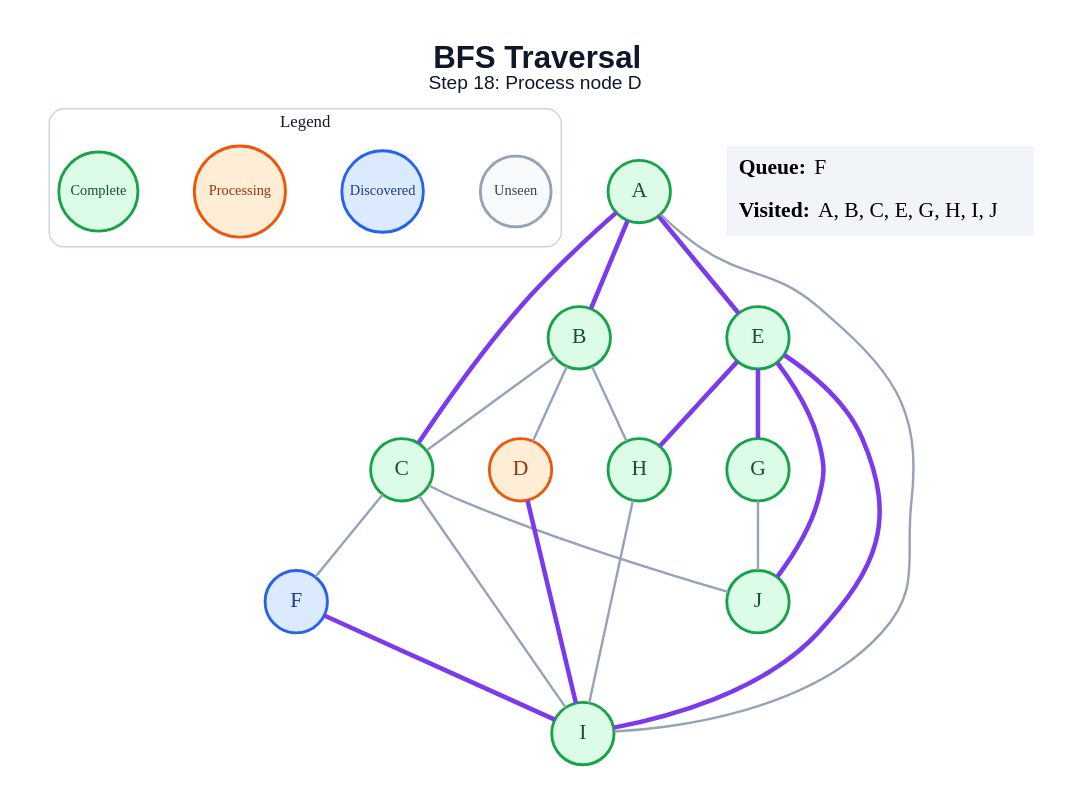
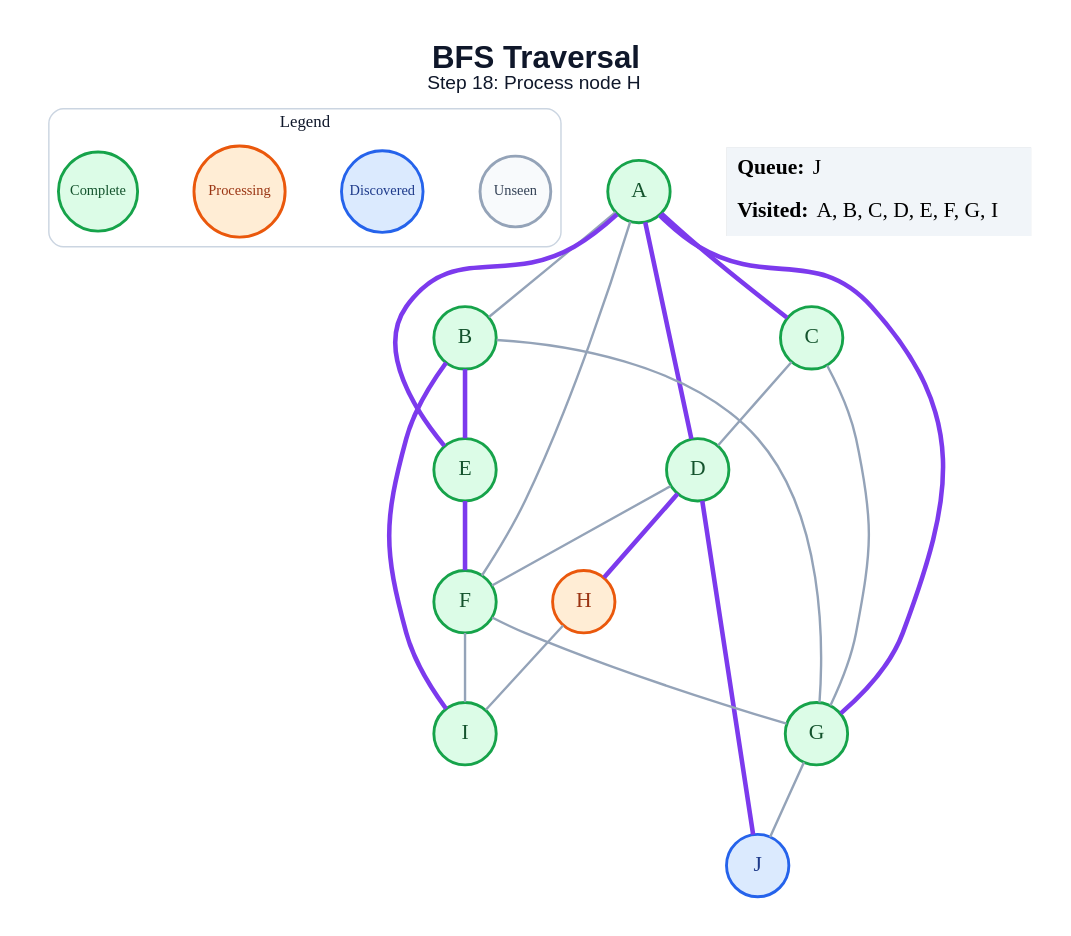
One commit to amanghodawala9/ai-slop changed the diagram in generated/specific-node/bfs/step_18.dot. Above: the diagram before and after it, drawn with Graphviz. The commit also changed 178 other files, not shown here.

```diff
--- a/generated/specific-node/bfs/step_18.dot
+++ b/generated/specific-node/bfs/step_18.dot
@@ -1,47 +1,48 @@
 graph traversal {
   graph [layout=dot, rankdir=TB, bgcolor="#FFFFFF", pad="0.35", nodesep="0.65", ranksep="0.8", fontname="Arial"];
   node [shape=circle, style="filled", fontname="Arial Bold", fontsize=18, width=0.72, fixedsize=true, penwidth=2.4];
   edge [color="#94A3B8", penwidth=2.0];
-  label=<<B>BFS Traversal</B><BR/><FONT POINT-SIZE="16">Step 18: Process node D</FONT>>; labelloc="t"; fontsize=26; fontname="Arial"; fontcolor="#0F172A";
+  label=<<B>BFS Traversal</B><BR/><FONT POINT-SIZE="16">Step 18: Process node H</FONT>>; labelloc="t"; fontsize=26; fontname="Arial"; fontcolor="#0F172A";
   subgraph cluster_legend { label="Legend"; color="#CBD5E1"; penwidth=1.2; style="rounded"; fontsize=14; fontname="Arial Bold";
     key_unseen [label="Unseen", fillcolor="#F8FAFC", color="#94A3B8", fontcolor="#334155", fontsize=12, width=0.82];
     key_frontier [label="Discovered", fillcolor="#DBEAFE", color="#2563EB", fontcolor="#1E3A8A", fontsize=12, width=0.95];
     key_current [label="Processing", fillcolor="#FFEDD5", color="#EA580C", fontcolor="#9A3412", fontsize=12, width=1.05];
     key_done [label="Complete", fillcolor="#DCFCE7", color="#16A34A", fontcolor="#14532D", fontsize=12, width=0.92];
     { rank=same; key_unseen; key_frontier; key_current; key_done; }
   }
   A [fillcolor="#DCFCE7", color="#16A34A", fontcolor="#14532D"];
   B [fillcolor="#DCFCE7", color="#16A34A", fontcolor="#14532D"];
   C [fillcolor="#DCFCE7", color="#16A34A", fontcolor="#14532D"];
-  D [fillcolor="#FFEDD5", color="#EA580C", fontcolor="#9A3412"];
+  D [fillcolor="#DCFCE7", color="#16A34A", fontcolor="#14532D"];
   E [fillcolor="#DCFCE7", color="#16A34A", fontcolor="#14532D"];
-  F [fillcolor="#DBEAFE", color="#2563EB", fontcolor="#1E3A8A"];
+  F [fillcolor="#DCFCE7", color="#16A34A", fontcolor="#14532D"];
   G [fillcolor="#DCFCE7", color="#16A34A", fontcolor="#14532D"];
-  H [fillcolor="#DCFCE7", color="#16A34A", fontcolor="#14532D"];
+  H [fillcolor="#FFEDD5", color="#EA580C", fontcolor="#9A3412"];
   I [fillcolor="#DCFCE7", color="#16A34A", fontcolor="#14532D"];
-  J [fillcolor="#DCFCE7", color="#16A34A", fontcolor="#14532D"];
-  A -- B [color="#7C3AED", penwidth=3.8];
+  J [fillcolor="#DBEAFE", color="#2563EB", fontcolor="#1E3A8A"];
+  A -- B;
   A -- C [color="#7C3AED", penwidth=3.8];
+  A -- D [color="#7C3AED", penwidth=3.8];
   A -- E [color="#7C3AED", penwidth=3.8];
-  A -- I;
-  B -- C;
-  B -- D;
-  B -- H;
-  C -- F;
-  C -- I;
-  C -- J;
-  D -- I [color="#7C3AED", penwidth=3.8];
-  E -- G [color="#7C3AED", penwidth=3.8];
-  E -- H [color="#7C3AED", penwidth=3.8];
-  E -- I [color="#7C3AED", penwidth=3.8];
-  E -- J [color="#7C3AED", penwidth=3.8];
-  F -- I [color="#7C3AED", penwidth=3.8];
+  A -- F;
+  A -- G [color="#7C3AED", penwidth=3.8];
+  B -- E [color="#7C3AED", penwidth=3.8];
+  B -- G;
+  B -- I [color="#7C3AED", penwidth=3.8];
+  C -- D;
+  C -- G;
+  D -- F;
+  D -- H [color="#7C3AED", penwidth=3.8];
+  D -- J [color="#7C3AED", penwidth=3.8];
+  E -- F [color="#7C3AED", penwidth=3.8];
+  F -- G;
+  F -- I;
   G -- J;
   H -- I;
   status [shape=plain, fixedsize=false, width=0, height=0, margin=0, label=<
     <TABLE BORDER="0" CELLBORDER="0" CELLPADDING="7" BGCOLOR="#F1F5F9">
-      <TR><TD ALIGN="LEFT"><B>Queue:</B> F</TD></TR>
-      <TR><TD ALIGN="LEFT"><B>Visited:</B> A, B, C, E, G, H, I, J</TD></TR>
+      <TR><TD ALIGN="LEFT"><B>Queue:</B> J</TD></TR>
+      <TR><TD ALIGN="LEFT"><B>Visited:</B> A, B, C, D, E, F, G, I</TD></TR>
     </TABLE>
   >];
 }
```
